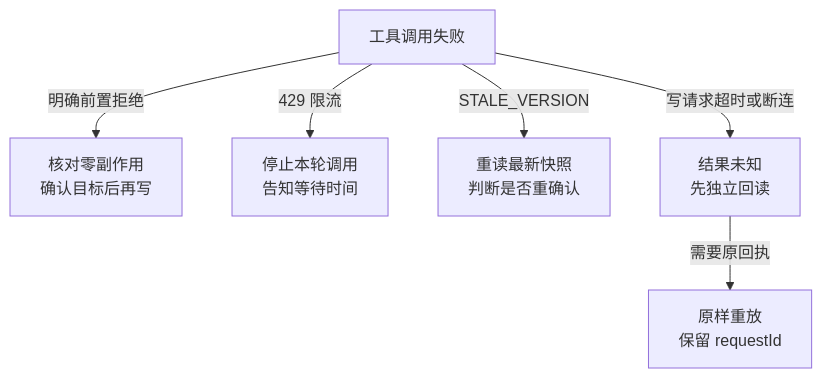
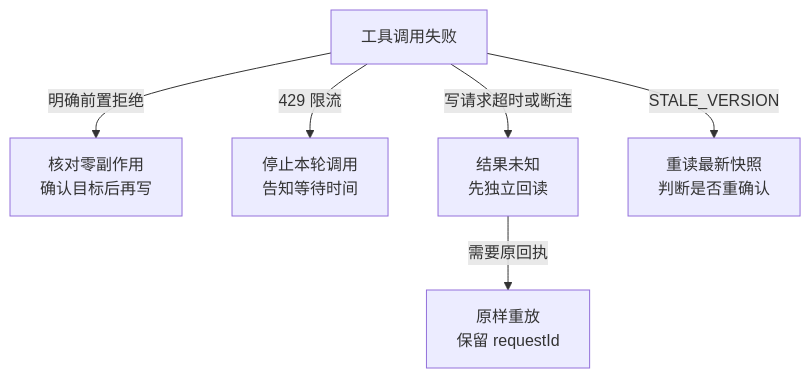
The diagram in services/dingjiang-mcp/PROTOCOL.md (lqyq666/dingjiang-zhiji-2), drawn with Mermaid before and after one commit. The commit also changed other lines of this file and 5 other files, not shown here.

````diff
--- a/services/dingjiang-mcp/PROTOCOL.md
+++ b/services/dingjiang-mcp/PROTOCOL.md
@@ -108,9 +108,9 @@
 ```mermaid
 flowchart TD
   Failure["工具调用失败"]
   Failure -->|"明确前置拒绝"| Reject["核对零副作用<br/>确认目标后再写"]
   Failure -->|"429 限流"| Rate["停止本轮调用<br/>告知等待时间"]
+  Failure -->|"写请求超时或断连"| Unknown["结果未知<br/>先独立回读"]
   Failure -->|"STALE_VERSION"| Stale["重读最新快照<br/>判断是否重确认"]
-  Failure -->|"写请求超时或断连"| Unknown["结果未知<br/>先独立回读"]
   Unknown -->|"需要原回执"| Replay["原样重放<br/>保留 requestId"]
 ```
````
